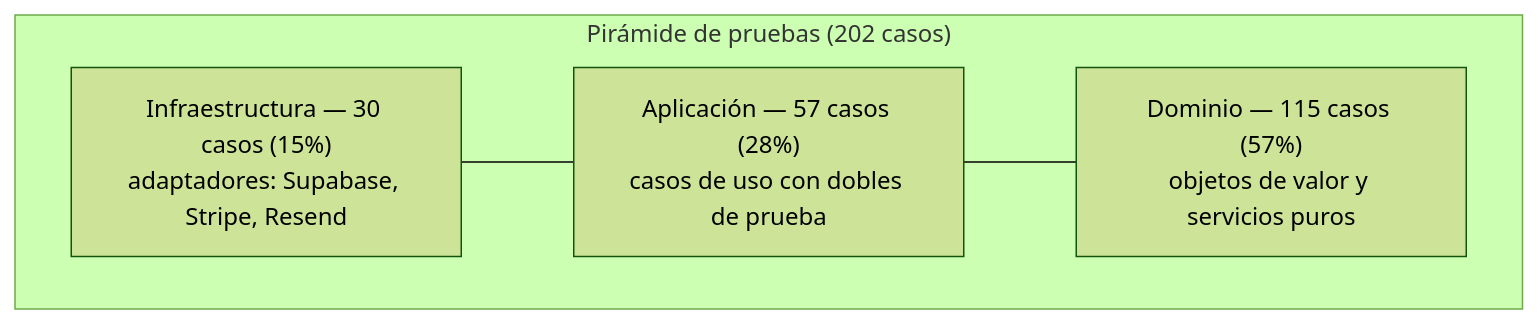
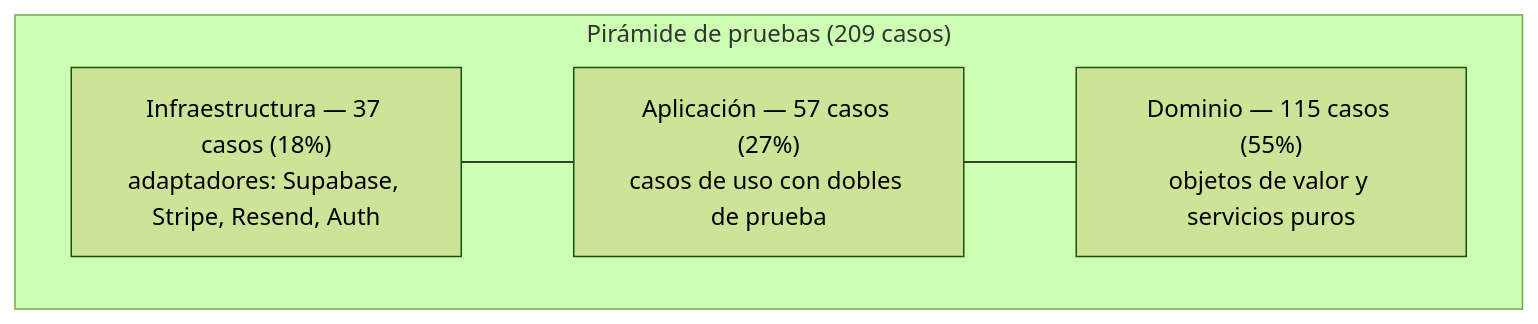
One commit to Ogires/reservas-chanantes changed the diagram in docs/memoria/06-pruebas-calidad.md. Above: the diagram before and after it, drawn with Mermaid (forest theme). The commit also changed other lines of this file and 6 other files, not shown here.

````diff
--- a/docs/memoria/06-pruebas-calidad.md
+++ b/docs/memoria/06-pruebas-calidad.md
@@ -29,9 +29,9 @@
 ```mermaid
 flowchart TB
-    subgraph Pyramid["Pirámide de pruebas (202 casos)"]
-        I["Infraestructura — 30 casos (15%)<br/>adaptadores: Supabase, Stripe, Resend"]
-        A["Aplicación — 57 casos (28%)<br/>casos de uso con dobles de prueba"]
-        D["Dominio — 115 casos (57%)<br/>objetos de valor y servicios puros"]
+    subgraph Pyramid["Pirámide de pruebas (209 casos)"]
+        I["Infraestructura — 37 casos (18%)<br/>adaptadores: Supabase, Stripe, Resend, Auth"]
+        A["Aplicación — 57 casos (27%)<br/>casos de uso con dobles de prueba"]
+        D["Dominio — 115 casos (55%)<br/>objetos de valor y servicios puros"]
     end
     I --- A --- D
 ```
````
